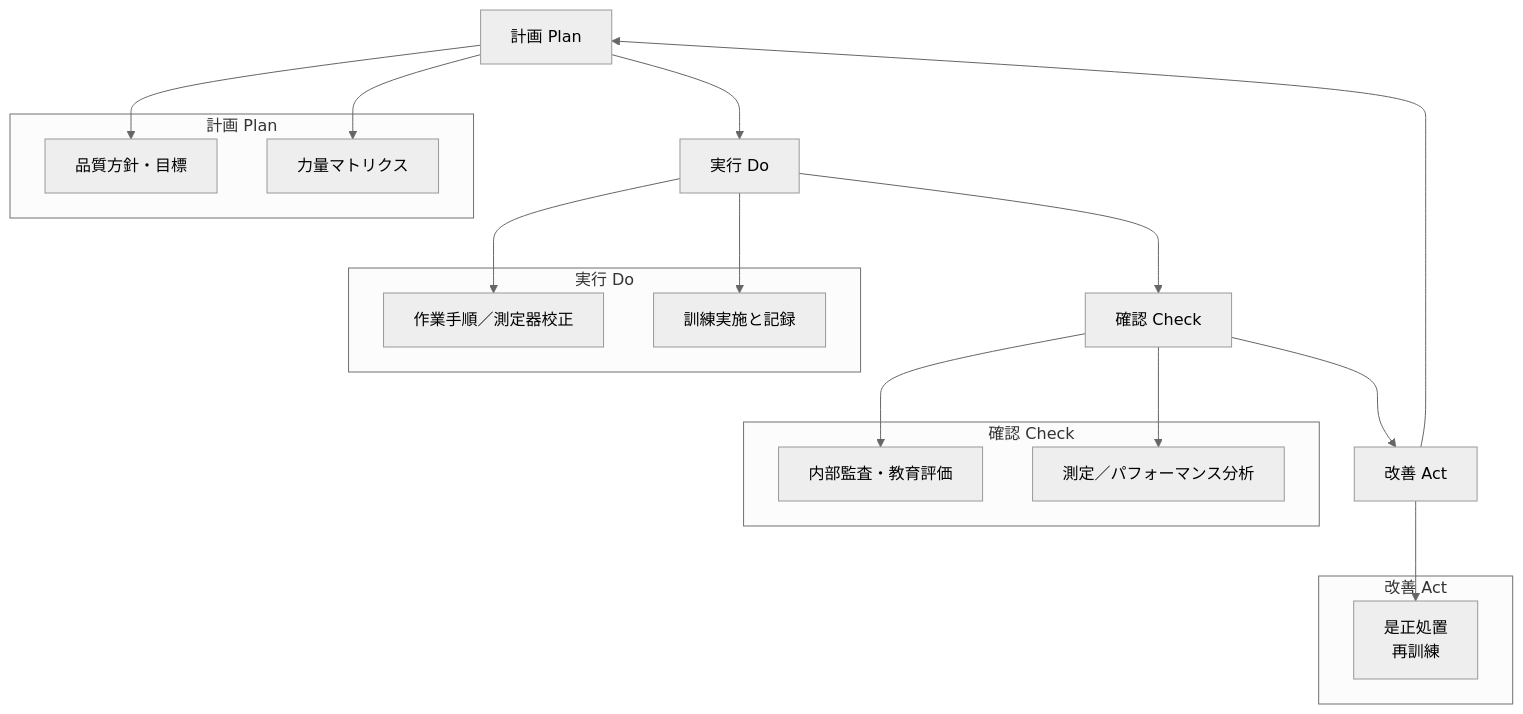
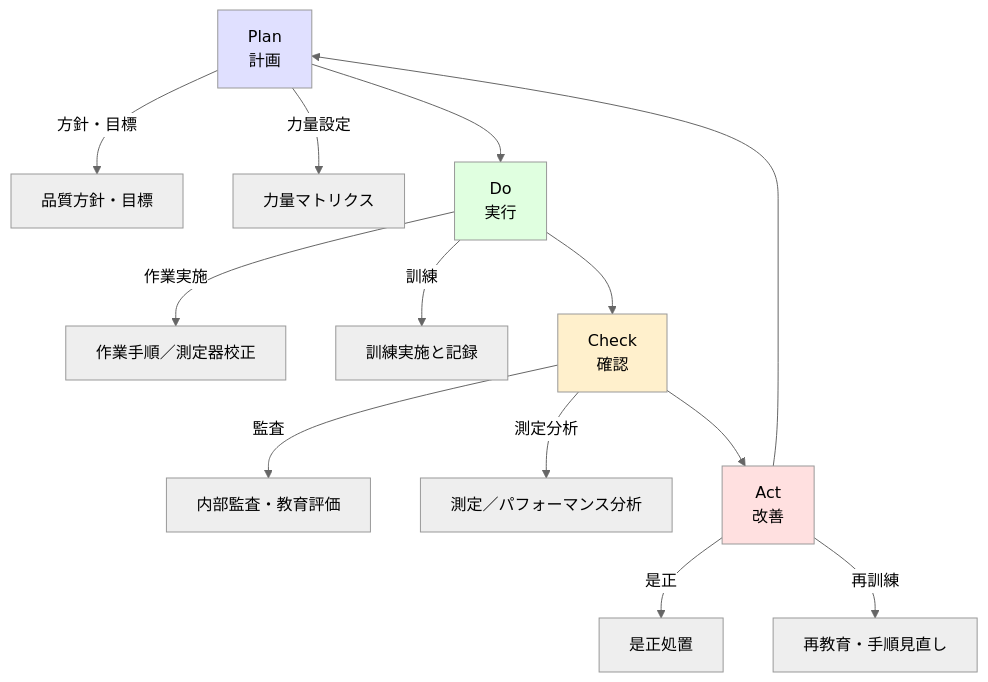
One commit to Samizo-AITL/EduLms changed the diagram in mermaid_diagrams/qms_pdca_flow.mmd. Above: the diagram before and after it, drawn with Mermaid (neutral theme).

```diff
--- a/mermaid_diagrams/qms_pdca_flow.mmd
+++ b/mermaid_diagrams/qms_pdca_flow.mmd
@@ -1,32 +1,21 @@
-flowchart TD
-    P[計画 Plan] --> D[実行 Do]
-    D --> C[確認 Check]
-    C --> A[改善 Act]
+flowchart TB
+    P[Plan<br>計画] -->|方針・目標| P1[品質方針・目標]
+    P -->|力量設定| P2[力量マトリクス]
+    P --> D[Do<br>実行]
+    
+    D -->|作業実施| D1[作業手順／測定器校正]
+    D -->|訓練| D2[訓練実施と記録]
+    D --> C[Check<br>確認]
+    
+    C -->|監査| C1[内部監査・教育評価]
+    C -->|測定分析| C2[測定／パフォーマンス分析]
+    C --> A[Act<br>改善]
+    
+    A -->|是正| A1[是正処置]
+    A -->|再訓練| A2[再教育・手順見直し]
     A --> P
 
-    subgraph 計画 Plan
-        P1[品質方針・目標]
-        P2[力量マトリクス]
-    end
-
-    subgraph 実行 Do
-        D1[作業手順／測定器校正]
-        D2[訓練実施と記録]
-    end
-
-    subgraph 確認 Check
-        C1[内部監査・教育評価]
-        C2[測定／パフォーマンス分析]
-    end
-
-    subgraph 改善 Act
-        A1[是正処置<br>再訓練]
-    end
-
-    P --> P1
-    P --> P2
-    D --> D1
-    D --> D2
-    C --> C1
-    C --> C2
-    A --> A1
+    style P fill:#e0e0ff
+    style D fill:#e0ffe0
+    style C fill:#fff0cc
+    style A fill:#ffe0e0
```
